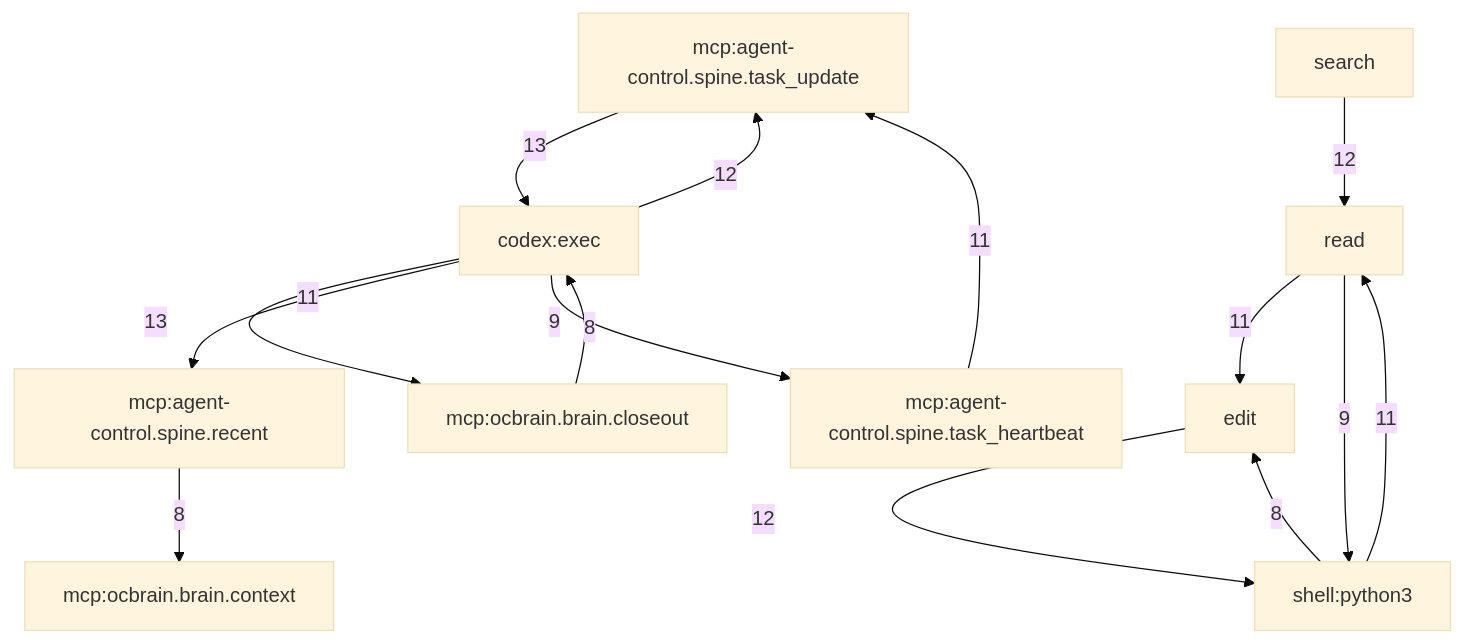
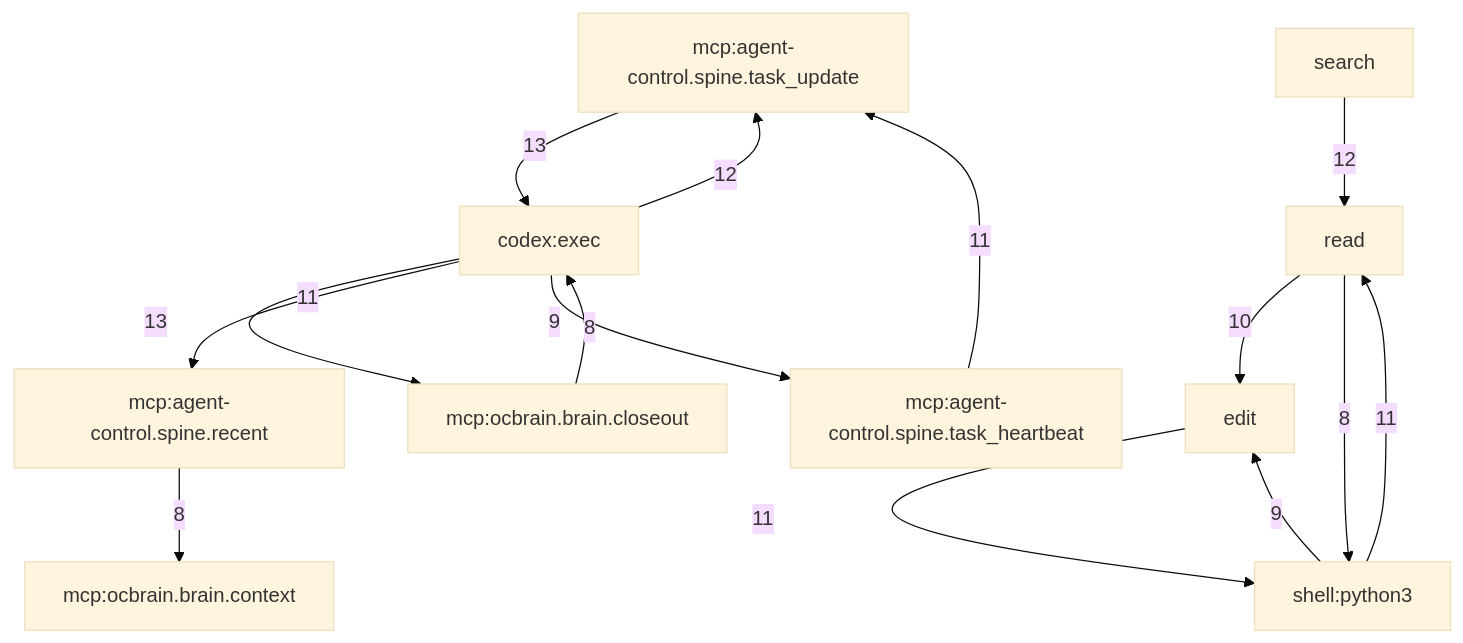
Before and after one commit to jonathancoframe/ocbrain: the diagram in docs/PROCEDURE-ATLAS-20260824.md, drawn with Mermaid (base theme). The commit also changed other lines of this file and 3 other files, not shown here.

````diff
--- a/docs/PROCEDURE-ATLAS-20260824.md
+++ b/docs/PROCEDURE-ATLAS-20260824.md
@@ -98,27 +98,27 @@
 ```mermaid
 graph TD
     S0["mcp:agent-control.spine.task_update"]
     S1["codex:exec"]
     S0 -->|13| S1
     S2["mcp:ocbrain.brain.closeout"]
     S1 -->|13| S2
     S1 -->|12| S0
     S3["search"]
     S4["read"]
     S3 -->|12| S4
-    S5["edit"]
+    S5["mcp:agent-control.spine.recent"]
+    S1 -->|11| S5
     S6["shell:python3"]
-    S5 -->|12| S6
-    S7["mcp:agent-control.spine.recent"]
-    S1 -->|11| S7
     S6 -->|11| S4
-    S4 -->|11| S5
+    S7["edit"]
+    S7 -->|11| S6
     S8["mcp:agent-control.spine.task_heartbeat"]
     S8 -->|11| S0
-    S4 -->|9| S6
+    S4 -->|10| S7
+    S6 -->|9| S7
     S1 -->|9| S8
     S9["mcp:ocbrain.brain.context"]
-    S7 -->|8| S9
+    S5 -->|8| S9
+    S4 -->|8| S6
     S2 -->|8| S1
-    S6 -->|8| S5
 ```
````
